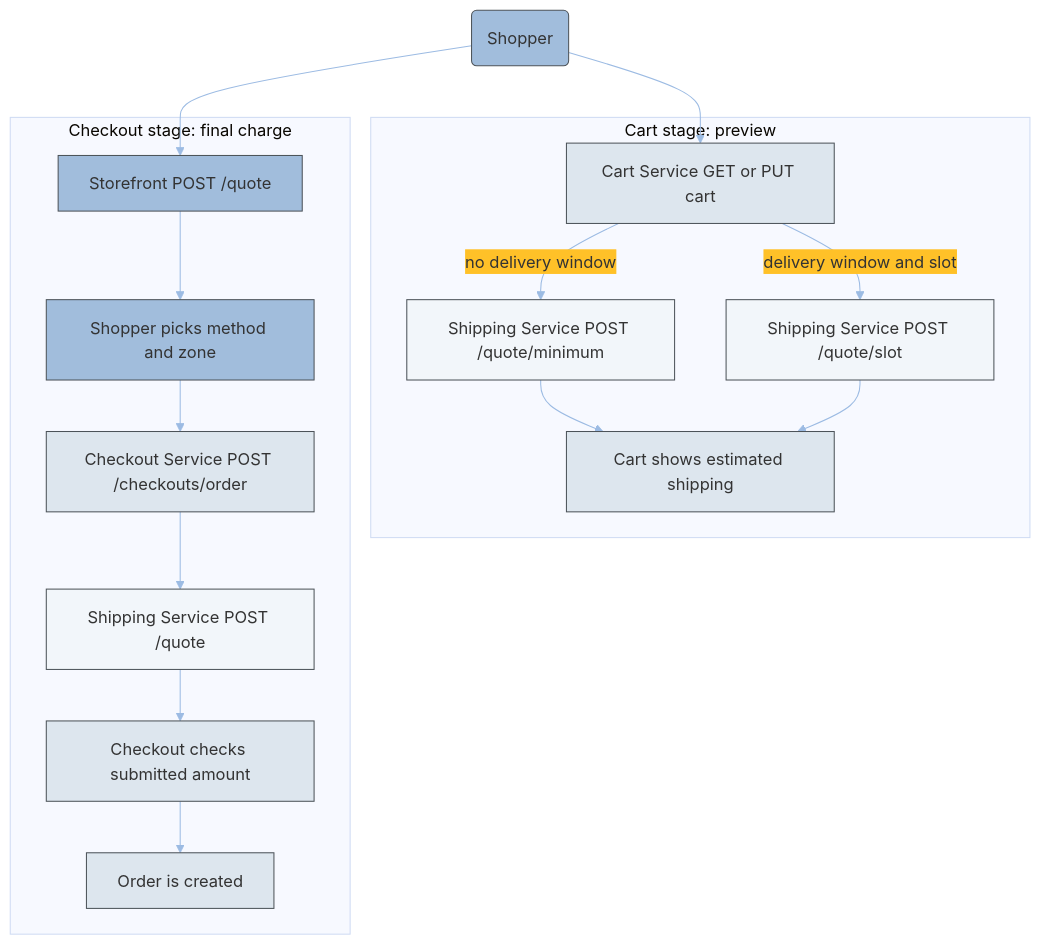
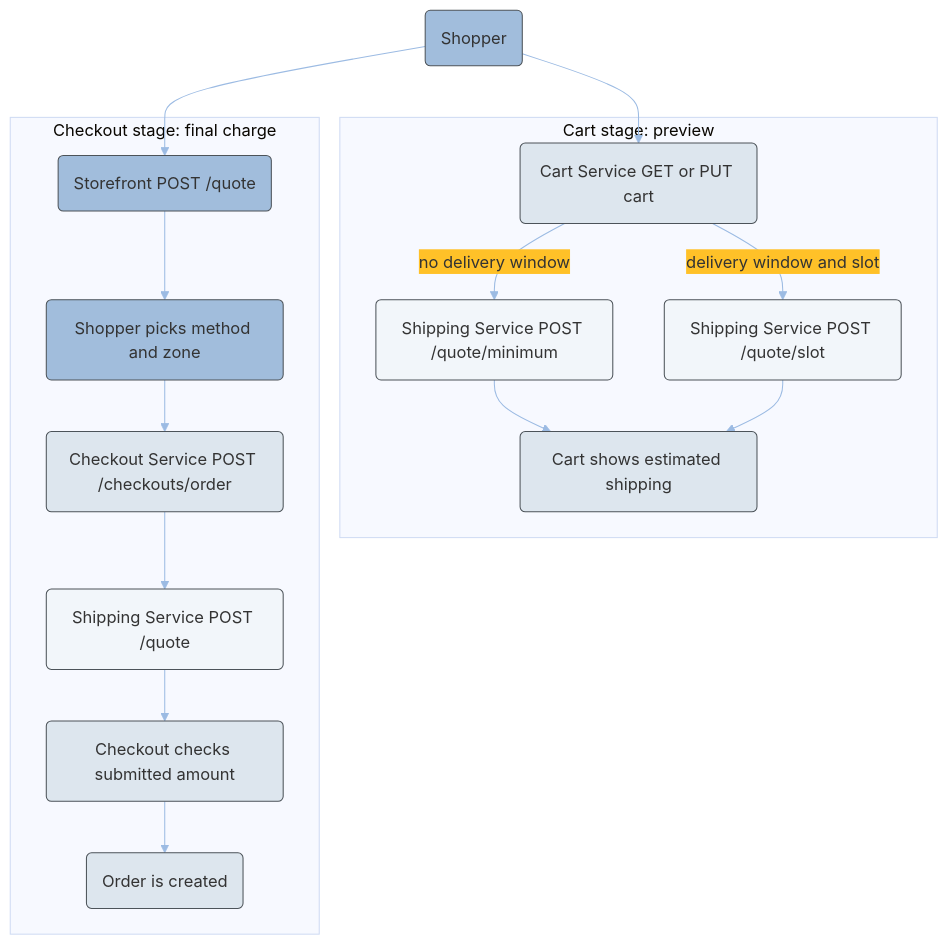
Before and after one commit to emporix/api-references: the diagram in checkout/cart/cart.md, drawn with Mermaid. The commit also changed other lines of this file and 1 other file, not shown here.

````diff
--- a/checkout/cart/cart.md
+++ b/checkout/cart/cart.md
@@ -2180,57 +2172,57 @@
 ```mermaid
 ---
 config:
   layout: fixed
   theme: base
   look: classic
   themeVariables:
     background: transparent
     lineColor: "#9CBBE3"
     arrowheadColor: "#9CBBE3"
     edgeLabelBackground: "#FFC128"
     edgeLabelTextColor: "#4C5359"
 ---
 graph TD
     shopper(Shopper)
 
     subgraph cartStage [Cart stage: preview]
-        cartApi["Cart Service GET or PUT cart"]
-        minQuote["Shipping Service POST /quote/minimum"]
-        slotQuote["Shipping Service POST /quote/slot"]
-        cartTotal["Cart shows estimated shipping"]
+        cartApi("Cart Service GET or PUT cart")
+        minQuote("Shipping Service POST /quote/minimum")
+        slotQuote("Shipping Service POST /quote/slot")
+        cartTotal("Cart shows estimated shipping")
     end
 
     subgraph checkoutStage [Checkout stage: final charge]
-        listMethods["Storefront POST /quote"]
-        pickMethod["Shopper picks method and zone"]
-        checkoutApi["Checkout Service POST /checkouts/order"]
-        finalQuote["Shipping Service POST /quote"]
-        validate["Checkout checks submitted amount"]
-        orderCreated["Order is created"]
+        listMethods("Storefront POST /quote")
+        pickMethod("Shopper picks method and zone")
+        checkoutApi("Checkout Service POST /checkouts/order")
+        finalQuote("Shipping Service POST /quote")
+        validate("Checkout checks submitted amount")
+        orderCreated("Order is created")
     end
 
     shopper --> cartApi
     cartApi -->|"no delivery window"| minQuote
     cartApi -->|"delivery window and slot"| slotQuote
     minQuote --> cartTotal
     slotQuote --> cartTotal
 
     shopper --> listMethods
     listMethods --> pickMethod
     pickMethod --> checkoutApi
     checkoutApi --> finalQuote
     finalQuote --> validate
     validate --> orderCreated
 
     style shopper fill:#A1BDDC, stroke:#4C5359
     style cartApi fill:#DDE6EE, stroke:#4C5359
     style minQuote fill:#F2F6FA, stroke:#4C5359
     style slotQuote fill:#F2F6FA, stroke:#4C5359
     style cartTotal fill:#DDE6EE, stroke:#4C5359
     style listMethods fill:#A1BDDC, stroke:#4C5359
     style pickMethod fill:#A1BDDC, stroke:#4C5359
     style checkoutApi fill:#DDE6EE, stroke:#4C5359
     style finalQuote fill:#F2F6FA, stroke:#4C5359
     style validate fill:#DDE6EE, stroke:#4C5359
     style orderCreated fill:#DDE6EE, stroke:#4C5359
 ```
````
